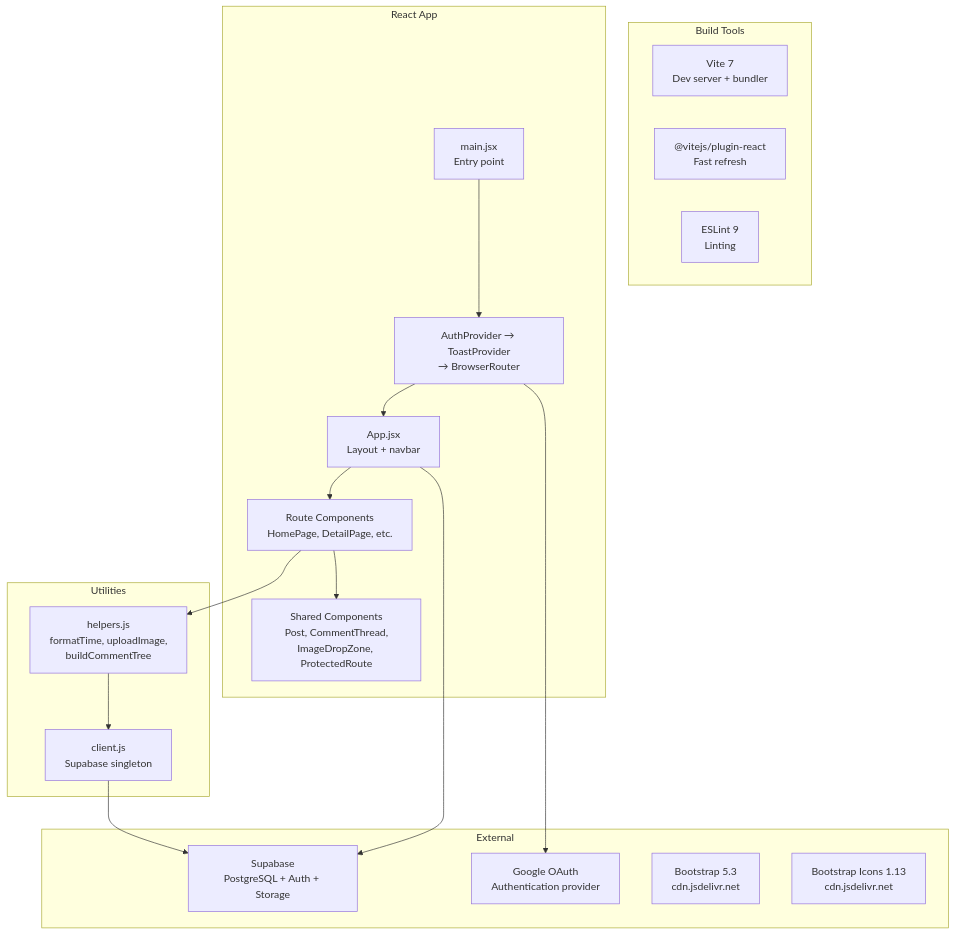
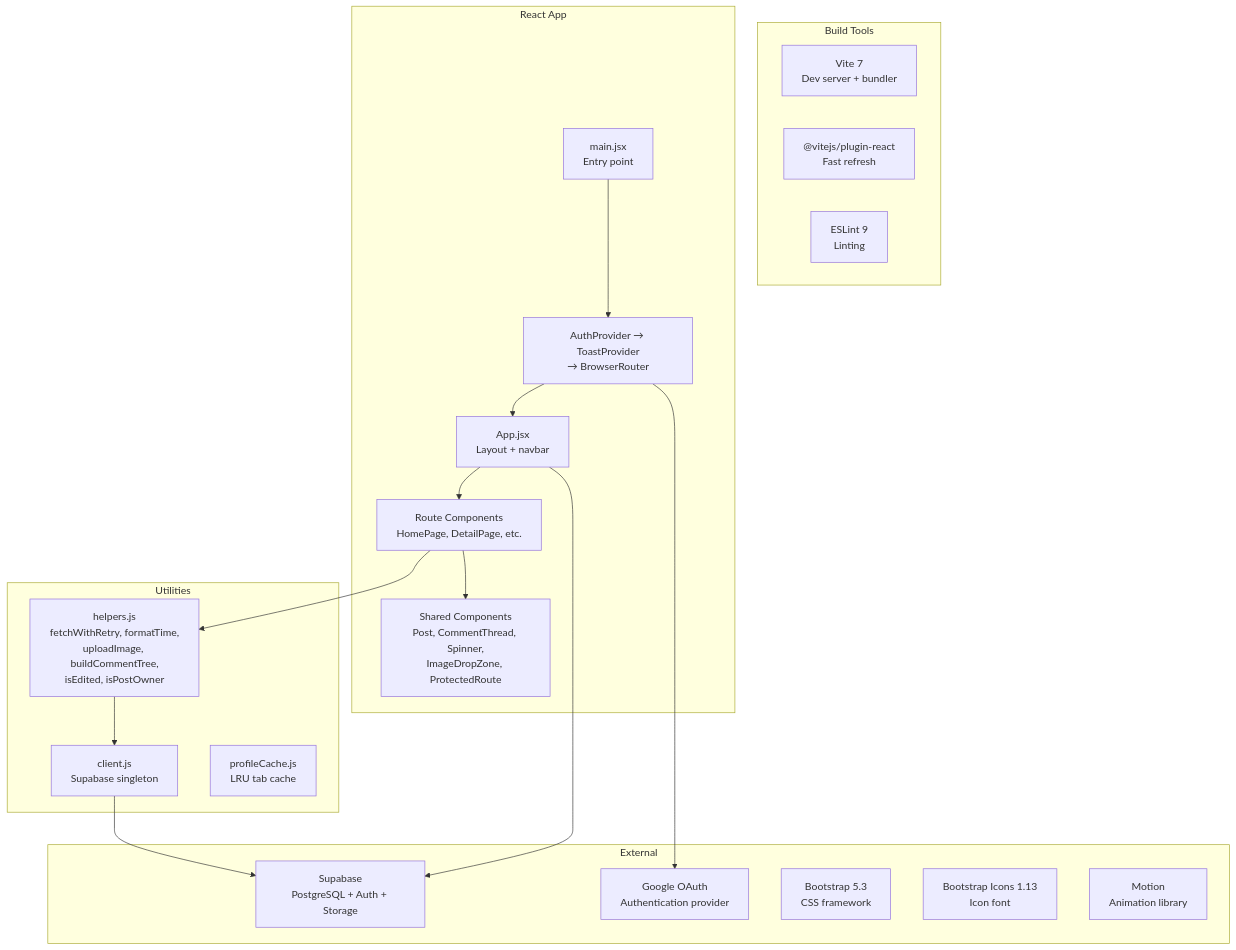
The second of 6 diagrams in README.md (hoangngo-sudo/purpleit), drawn with Mermaid before and after one commit. The commit also changed other lines of this file, not shown here.

````diff
--- a/README.md
+++ b/README.md
@@ -56,38 +63,40 @@
 ```mermaid
 graph TD
     subgraph External
         SUPA["Supabase<br/>PostgreSQL + Auth + Storage"]
         GOOGLE["Google OAuth<br/>Authentication provider"]
-        BOOTSTRAP["Bootstrap 5.3<br/>cdn.jsdelivr.net"]
-        ICONS["Bootstrap Icons 1.13<br/>cdn.jsdelivr.net"]
+        BOOTSTRAP["Bootstrap 5.3<br/>CSS framework"]
+        ICONS["Bootstrap Icons 1.13<br/>Icon font"]
+        MOTION["Motion<br/>Animation library"]
     end
 
     subgraph "Build Tools"
         VITE["Vite 7<br/>Dev server + bundler"]
         REACT_PLUGIN["@vitejs/plugin-react<br/>Fast refresh"]
         ESLINT["ESLint 9<br/>Linting"]
     end
 
     subgraph "React App"
         MAIN["main.jsx<br/>Entry point"]
         PROVIDERS["AuthProvider → ToastProvider<br/>→ BrowserRouter"]
         APP["App.jsx<br/>Layout + navbar"]
         ROUTES["Route Components<br/>HomePage, DetailPage, etc."]
-        COMPONENTS["Shared Components<br/>Post, CommentThread,<br/>ImageDropZone, ProtectedRoute"]
+        COMPONENTS["Shared Components<br/>Post, CommentThread, Spinner,<br/>ImageDropZone, ProtectedRoute"]
     end
 
     subgraph "Utilities"
         CLIENT["client.js<br/>Supabase singleton"]
-        HELPERS["helpers.js<br/>formatTime, uploadImage,<br/>buildCommentTree"]
+        HELPERS["helpers.js<br/>fetchWithRetry, formatTime,<br/>uploadImage, buildCommentTree,<br/>isEdited, isPostOwner"]
+        CACHE["profileCache.js<br/>LRU tab cache"]
     end
 
     MAIN --> PROVIDERS
     PROVIDERS --> APP
     APP --> ROUTES
     ROUTES --> COMPONENTS
     ROUTES --> HELPERS
     HELPERS --> CLIENT
     CLIENT --> SUPA
     APP --> SUPA
     PROVIDERS --> GOOGLE
 ```
````
